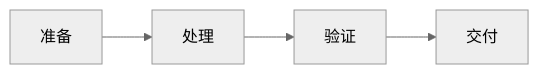
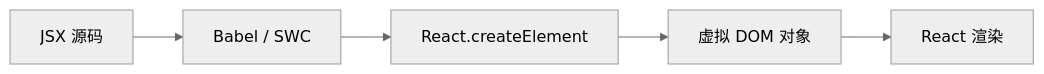
The diagram in articles/React/chapters/018-JSX的常见问题与解决方案.md (yanggan2015/knowledge-json-v2), drawn with Mermaid (neutral theme) before and after one commit. The commit also changed other lines of this file and 10127 other files, not shown here.

````diff
--- a/articles/React/chapters/018-JSX的常见问题与解决方案.md
+++ b/articles/React/chapters/018-JSX的常见问题与解决方案.md
@@ -45,10 +34,7 @@
 ```mermaid
 flowchart LR
-    S0[准备]
-    S1[处理]
-    S2[验证]
-    S3[交付]
-    S0 --> S1
-    S1 --> S2
-    S2 --> S3
+    A[JSX 源码] --> B[Babel / SWC]
+    B --> C[React.createElement]
+    C --> D[虚拟 DOM 对象]
+    D --> E[React 渲染]
 ```
````
